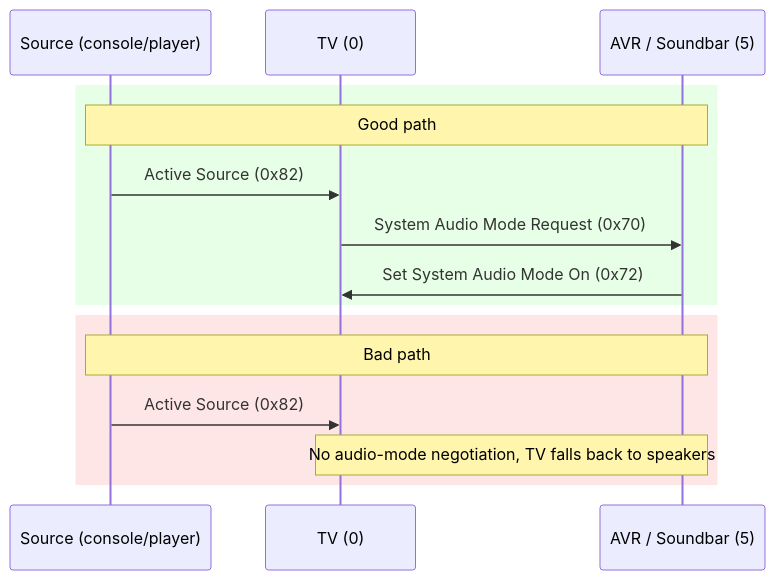
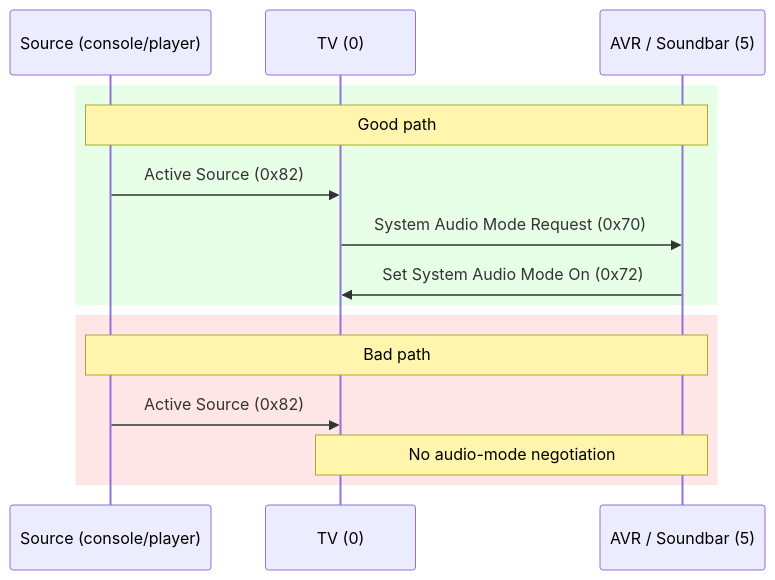
The second of 2 diagrams in content/posts/hdmi-cec.md (jlian/jlian.co), drawn with Mermaid before and after one commit. The commit also changed other lines of this file and 11 other files, not shown here.

````diff
--- a/content/posts/hdmi-cec.md
+++ b/content/posts/hdmi-cec.md
@@ -291,19 +309,19 @@
 ```mermaid
 sequenceDiagram
   participant Src as Source (console/player)
   participant TV as TV (0)
   participant AVR as AVR / Soundbar (5)
 
   rect rgb(230,255,230)
     note over Src,AVR: Good path
     Src->>TV: Active Source (0x82)
     TV->>AVR: System Audio Mode Request (0x70)
     AVR->>TV: Set System Audio Mode On (0x72)
   end
 
   rect rgb(255,230,230)
     note over Src,AVR: Bad path
     Src->>TV: Active Source (0x82)
-        note over TV,AVR: No audio-mode negotiation, TV falls back to speakers
+        note over TV,AVR: No audio-mode negotiation
   end
 ```
````
